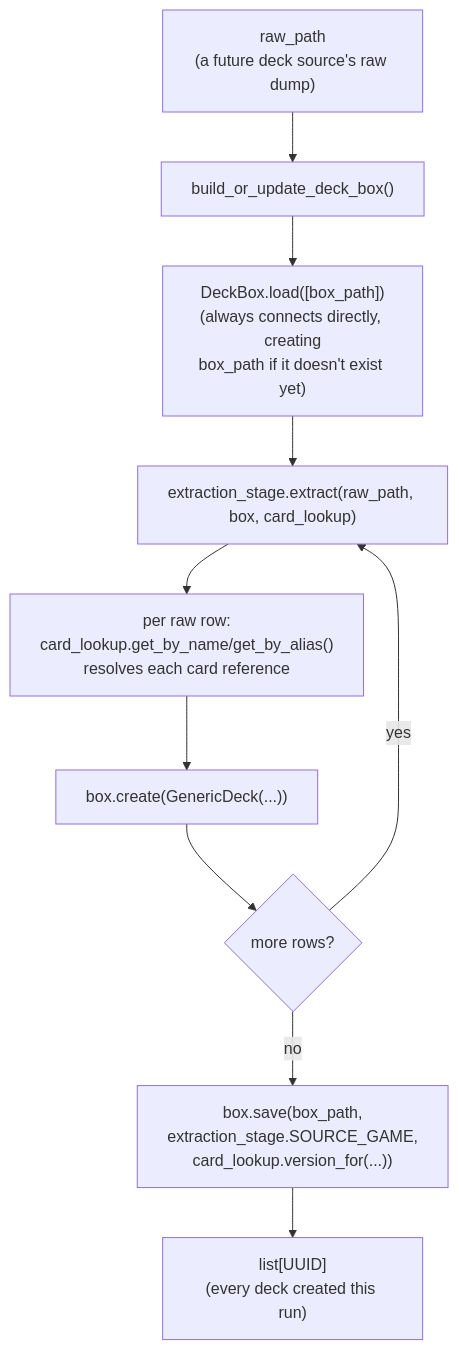
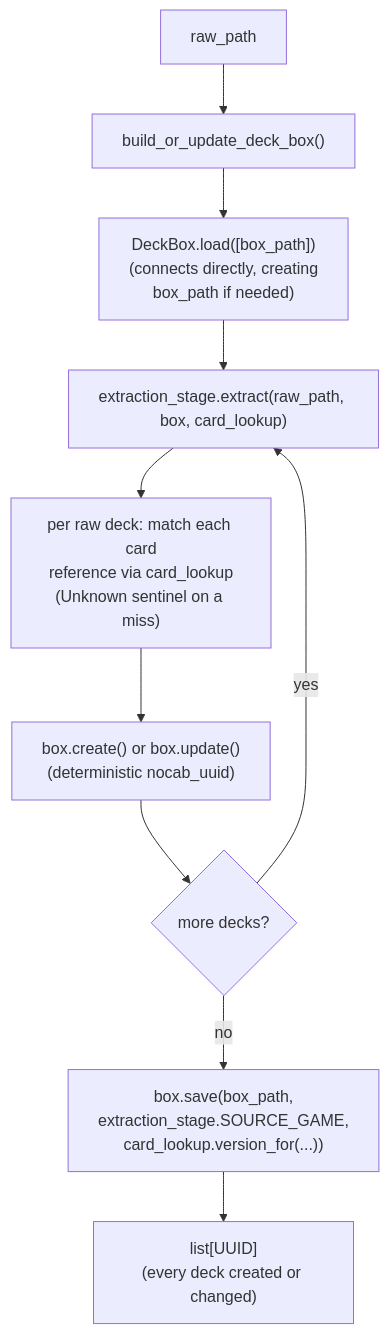
The diagram in src/data_refinement/deck_box/README.md (toon-leader-bacon/TradingCardGameEmbeddings), drawn with Mermaid before and after one commit. The commit also changed other lines of this file and 3 other files, not shown here.

First line of the commit message:
deck_box docs: current-state README; audit TODOs

````diff
--- a/src/data_refinement/deck_box/README.md
+++ b/src/data_refinement/deck_box/README.md
@@ -310,12 +126,12 @@
 ```mermaid
 flowchart TD
-    A["raw_path\n(a future deck source's raw dump)"] --> B["build_or_update_deck_box()"]
-    B --> C["DeckBox.load([box_path])\n(always connects directly, creating\nbox_path if it doesn't exist yet)"]
+    A["raw_path"] --> B["build_or_update_deck_box()"]
+    B --> C["DeckBox.load([box_path])\n(connects directly, creating\nbox_path if needed)"]
     C --> D["extraction_stage.extract(raw_path, box, card_lookup)"]
-    D --> E["per raw row:\ncard_lookup.get_by_name/get_by_alias()\nresolves each card reference"]
-    E --> F["box.create(GenericDeck(...))"]
-    F --> G{"more rows?"}
+    D --> E["per raw deck: match each card\nreference via card_lookup\n(Unknown sentinel on a miss)"]
+    E --> F["box.create() or box.update()\n(deterministic nocab_uuid)"]
+    F --> G{"more decks?"}
     G -- yes --> D
     G -- no --> H["box.save(box_path,\nextraction_stage.SOURCE_GAME,\ncard_lookup.version_for(...))"]
-    H --> I["list[UUID]\n(every deck created this run)"]
+    H --> I["list[UUID]\n(every deck created or changed)"]
 ```
````
